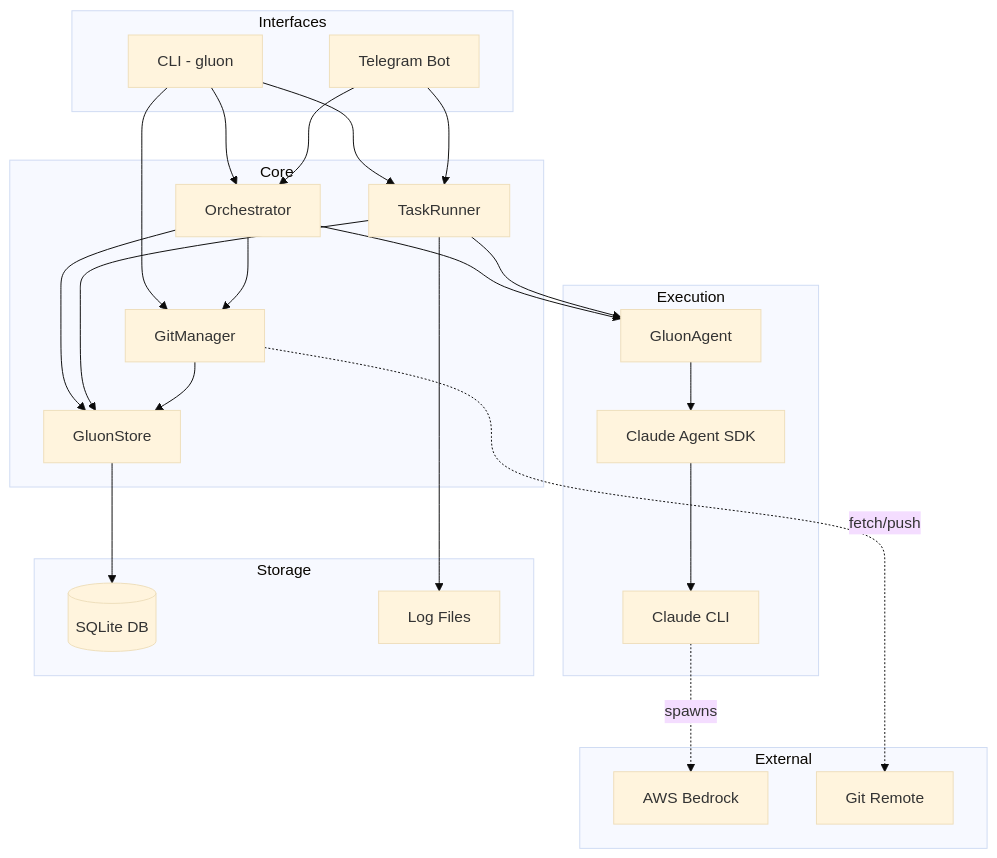
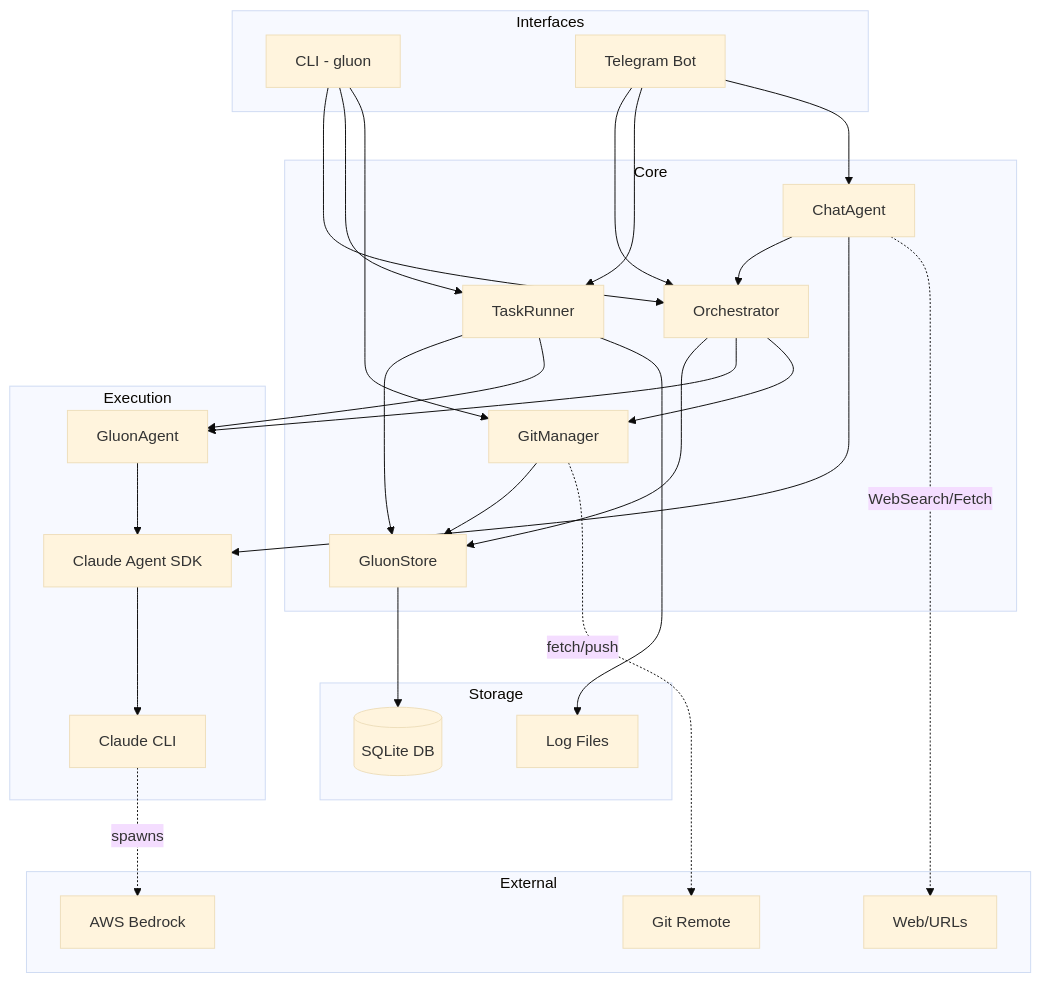
One commit to carrotly-ai/gluon-agent changed the first of 12 diagrams in README.md. Above: the diagram before and after it, drawn with Mermaid (base theme). The commit also changed other lines of this file, not shown here.

First line of the commit message:
docs: update README with chat agent capabilities and diagrams

````diff
--- a/README.md
+++ b/README.md
@@ -72,53 +72,60 @@
 ```mermaid
 graph TB
     subgraph Interfaces
         CLI[CLI - gluon]
         TG[Telegram Bot]
     end
 
     subgraph Core
         ORCH[Orchestrator]
         RUNNER[TaskRunner]
         STORE[GluonStore]
         GIT[GitManager]
+        CHAT[ChatAgent]
     end
 
     subgraph Execution
         AGENT[GluonAgent]
         SDK[Claude Agent SDK]
         CLAUDE[Claude CLI]
     end
 
     subgraph Storage
         DB[(SQLite DB)]
         LOGS[Log Files]
     end
 
     subgraph External
         BEDROCK[AWS Bedrock]
         REMOTE[Git Remote]
+        WEB[Web/URLs]
     end
 
     CLI --> ORCH
     CLI --> RUNNER
     CLI --> GIT
     TG --> ORCH
     TG --> RUNNER
+    TG --> CHAT
+
+    CHAT --> ORCH
+    CHAT --> SDK
+    CHAT -.->|WebSearch/Fetch| WEB
 
     ORCH --> STORE
     ORCH --> AGENT
     ORCH --> GIT
     RUNNER --> STORE
     RUNNER --> AGENT
 
     GIT --> STORE
     GIT -.->|fetch/push| REMOTE
 
     AGENT --> SDK
     SDK --> CLAUDE
 
     STORE --> DB
     RUNNER --> LOGS
 
     CLAUDE -.->|spawns| BEDROCK
 ```
````
